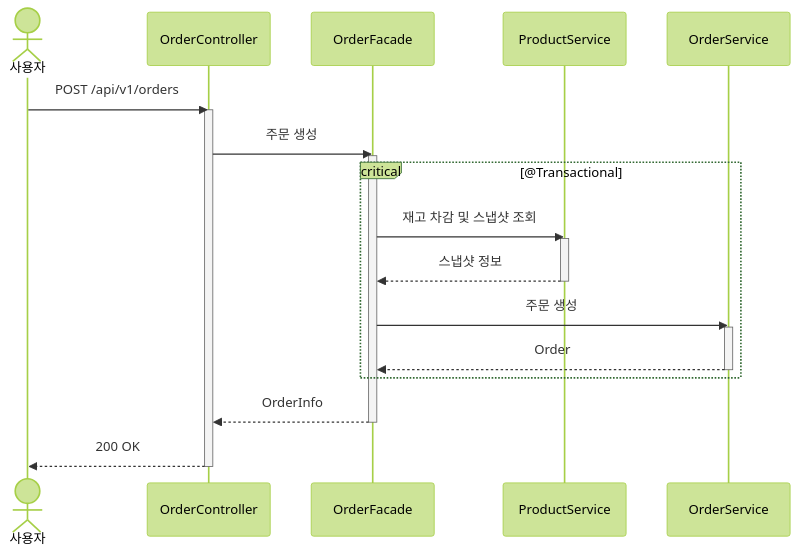
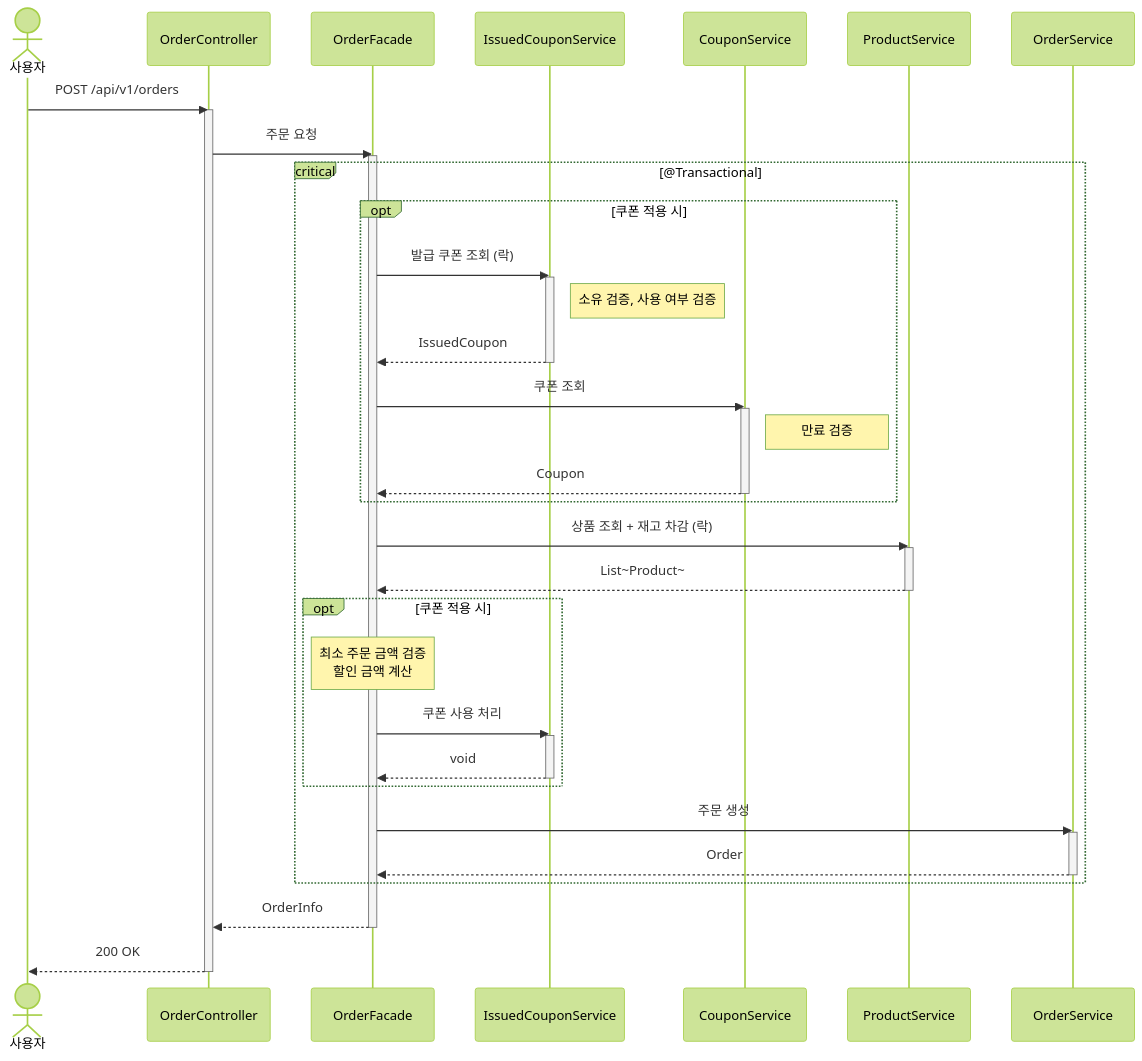
The diagram in docs/design/order/sequences/001-order-create.md (Loopers-dev-lab/loop-pack-be-l2-vol3-java), drawn with Mermaid (forest theme) before and after one commit. The commit also changed other lines of this file and 18 other files, not shown here.

````diff
--- a/docs/design/order/sequences/001-order-create.md
+++ b/docs/design/order/sequences/001-order-create.md
@@ -8,30 +8,54 @@
 ```mermaid
 sequenceDiagram
     actor 사용자
     participant OC as OrderController
     participant OF as OrderFacade
+    participant ICS as IssuedCouponService
+    participant CS as CouponService
     participant PS as ProductService
     participant OS as OrderService
 
     사용자->>OC: POST /api/v1/orders
     activate OC
-    OC->>OF: 주문 생성
+    OC->>OF: 주문 요청
     activate OF
 
     critical @Transactional
-        OF->>PS: 재고 차감 및 스냅샷 조회
+        opt 쿠폰 적용 시
+            OF->>ICS: 발급 쿠폰 조회 (락)
+            activate ICS
+            Note right of ICS: 소유 검증, 사용 여부 검증
+            ICS-->>OF: IssuedCoupon
+            deactivate ICS
+
+            OF->>CS: 쿠폰 조회
+            activate CS
+            Note right of CS: 만료 검증
+            CS-->>OF: Coupon
+            deactivate CS
+        end
+
+        OF->>PS: 상품 조회 + 재고 차감 (락)
         activate PS
-        PS-->>OF: 스냅샷 정보
+        PS-->>OF: List~Product~
         deactivate PS
+
+        opt 쿠폰 적용 시
+            Note over OF: 최소 주문 금액 검증<br/>할인 금액 계산
+            OF->>ICS: 쿠폰 사용 처리
+            activate ICS
+            ICS-->>OF: void
+            deactivate ICS
+        end
 
         OF->>OS: 주문 생성
         activate OS
         OS-->>OF: Order
         deactivate OS
     end
 
     OF-->>OC: OrderInfo
     deactivate OF
     OC-->>사용자: 200 OK
     deactivate OC
 ```
````
